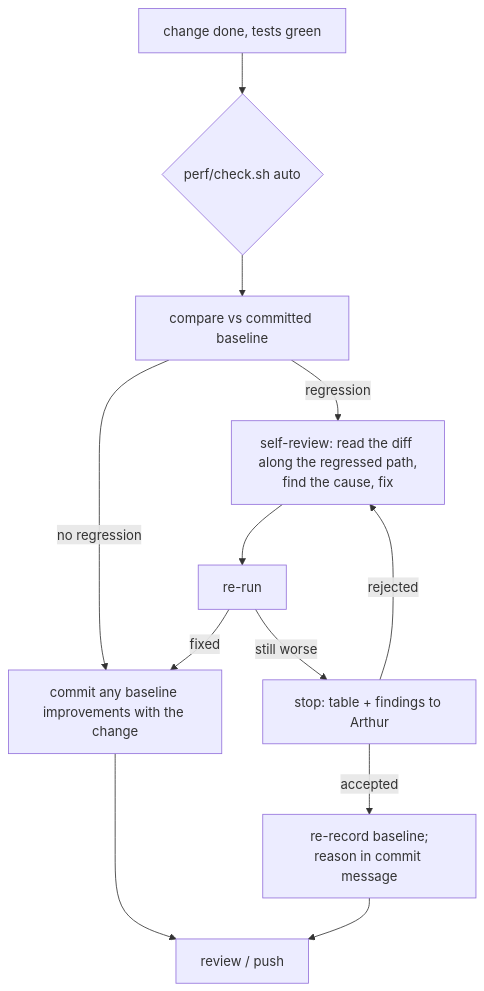
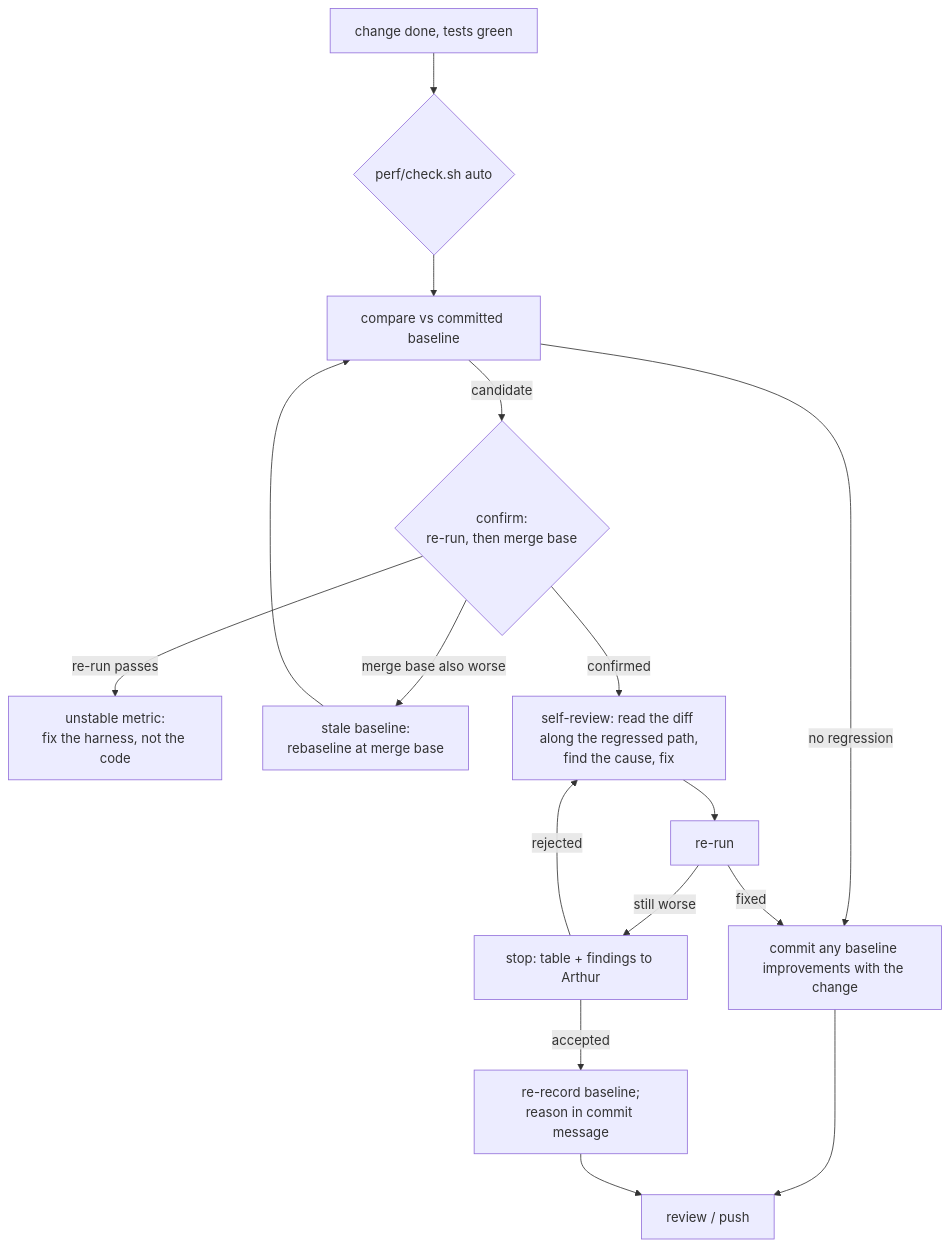
One commit to ArthurClune/pkm-system changed the second of 2 diagrams in docs/superpowers/specs/2026-09-26-perf-regression-checks-design.md. Above: the diagram before and after it, drawn with Mermaid. The commit also changed other lines of this file, not shown here.

First line of the commit message:
docs(spec): perf checks reconcile run-to-run variance

````diff
--- a/docs/superpowers/specs/2026-09-26-perf-regression-checks-design.md
+++ b/docs/superpowers/specs/2026-09-26-perf-regression-checks-design.md
@@ -151,11 +184,15 @@
 ```mermaid
 flowchart TD
   D[change done, tests green] --> W{perf/check.sh auto}
   W --> C[compare vs committed baseline]
+  C -->|candidate| CF{confirm:<br/>re-run, then merge base}
+  CF -->|re-run passes| X[unstable metric:<br/>fix the harness, not the code]
+  CF -->|merge base also worse| S[stale baseline:<br/>rebaseline at merge base] --> C
+  CF -->|confirmed| R
   C -->|no regression| U[commit any baseline improvements with the change] --> Done[review / push]
-  C -->|regression| R[self-review: read the diff along the regressed path,<br/>find the cause, fix] --> C2[re-run]
+  R[self-review: read the diff along the regressed path,<br/>find the cause, fix] --> C2[re-run]
   C2 -->|fixed| U
   C2 -->|still worse| H[stop: table + findings to Arthur]
   H -->|accepted| A[re-record baseline;<br/>reason in commit message] --> Done
   H -->|rejected| R
 ```
````
